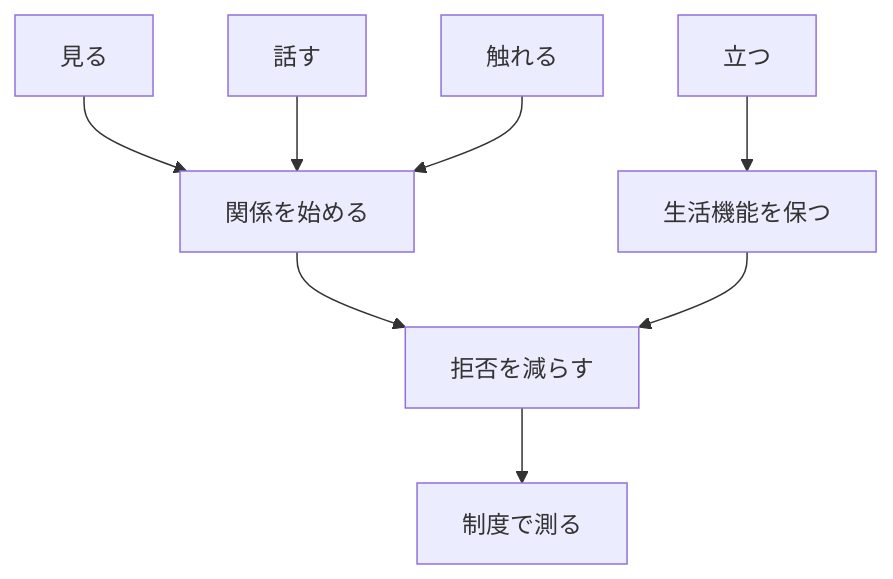
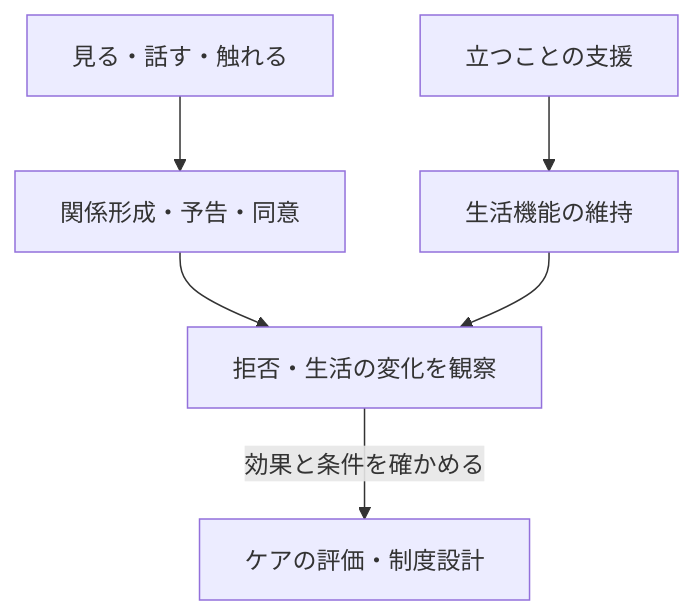
Before and after one commit to daylight55/research: the diagram in articles/report/humanitude-welfare-policy/ja/index.mdx, drawn with Mermaid. The commit also changed 181 other files, not shown here.

First line of the commit message:
全記事の図解368点を再生成し、共通注意書きを削除 (#402)

````diff
--- a/articles/report/humanitude-welfare-policy/ja/index.mdx
+++ b/articles/report/humanitude-welfare-policy/ja/index.mdx
@@ -29,10 +29,16 @@
 ```mermaid
 flowchart TD
-  A["見る"] --> E["関係を始める"]
-  B["話す"] --> E
-  C["触れる"] --> E
-  D["立つ"] --> F["生活機能を保つ"]
-  E --> G["拒否を減らす"]
-  F --> G
-  G --> H["制度で測る"]
+  accTitle: ユマニチュードの四つの技法と評価
+  accDescr: 見る・話す・触れるは関係形成を、立つ支援は生活機能を支える。ケア拒否や生活の変化を観察して評価する。
+  N0["見る・話す・触れる"]
+  N1["関係形成・予告・同意"]
+  N2["立つことの支援"]
+  N3["生活機能の維持"]
+  N4["拒否・生活の変化を観察"]
+  N5["ケアの評価・制度設計"]
+  N0 --> N1
+  N2 --> N3
+  N1 --> N4
+  N3 --> N4
+  N4 -->|効果と条件を確かめる| N5
 ```
````
